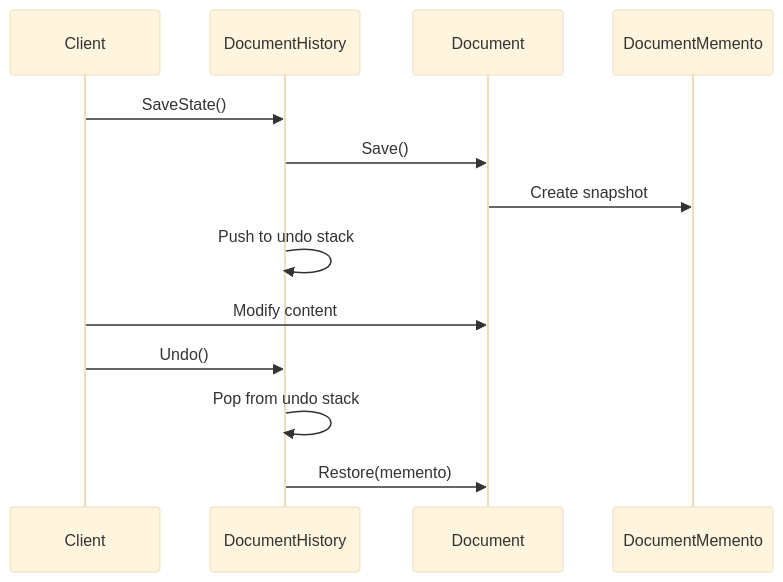
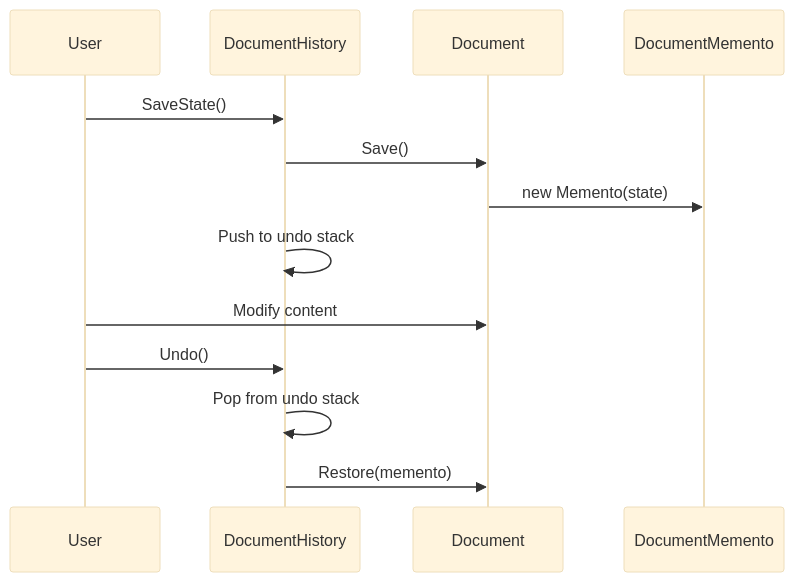
One commit to senapatisantosh/DotnetAdvanceDesignPattern changed the second of 2 diagrams in src/DesignPatterns.Behavioral/Memento/README.md. Above: the diagram before and after it, drawn with Mermaid (base theme). The commit also changed other lines of this file and 12 other files, not shown here.

````diff
--- a/src/DesignPatterns.Behavioral/Memento/README.md
+++ b/src/DesignPatterns.Behavioral/Memento/README.md
@@ -99,16 +101,17 @@
 ```mermaid
 sequenceDiagram
-    participant Client
+    participant User
     participant History as DocumentHistory
     participant Doc as Document
-    participant Memento as DocumentMemento
+    participant Mem as DocumentMemento
 
-    Client->>History: SaveState()
+    User->>History: SaveState()
     History->>Doc: Save()
-    Doc->>Memento: Create snapshot
+    Doc->>Mem: new Memento(state)
     History->>History: Push to undo stack
-    Client->>Doc: Modify content
-    Client->>History: Undo()
+
+    User->>Doc: Modify content
+    User->>History: Undo()
     History->>History: Pop from undo stack
     History->>Doc: Restore(memento)
 ```
````
